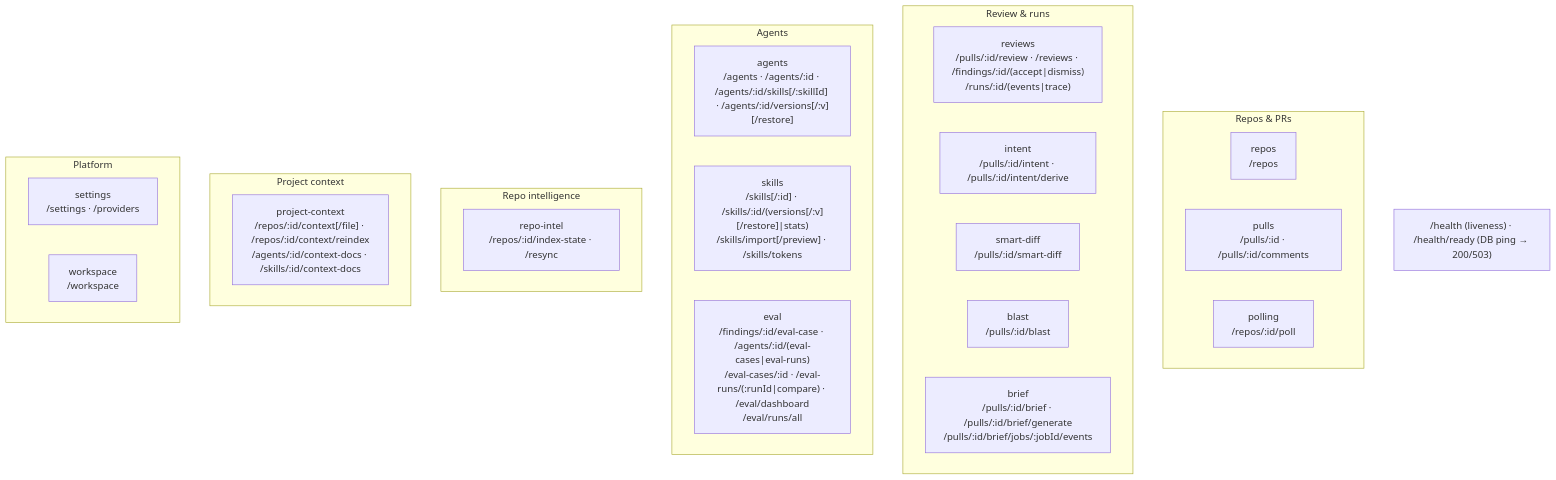
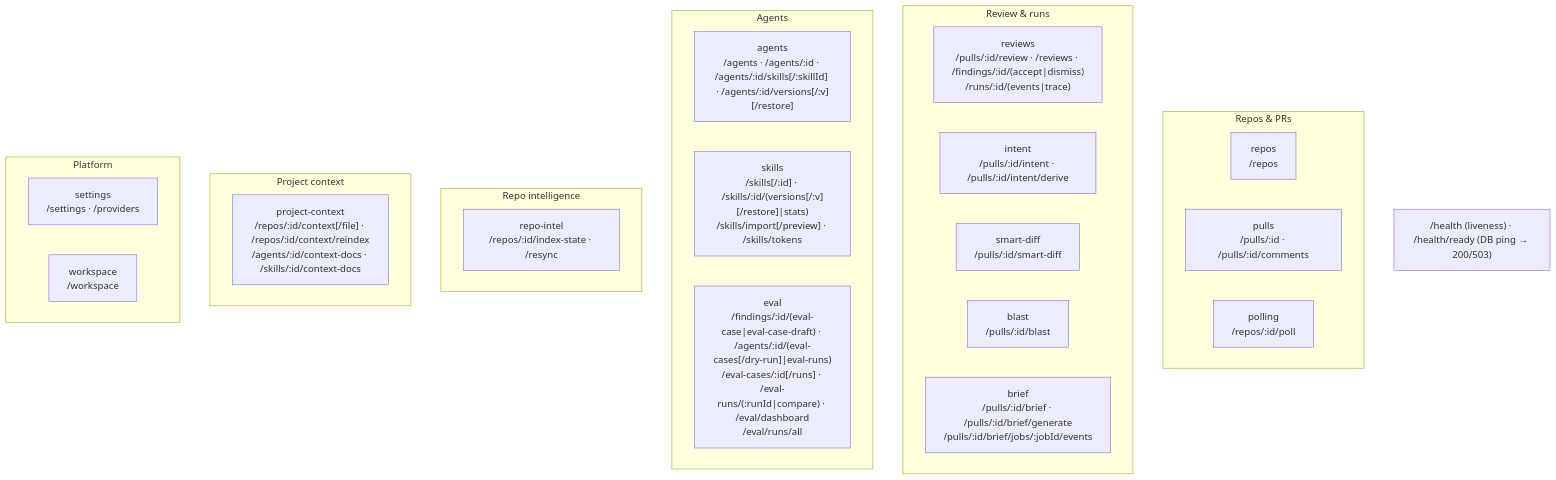
The second of 2 diagrams in server/README.md (shofulk/dev-digest), drawn with Mermaid before and after one commit. The commit also changed other lines of this file and 40 other files, not shown here.

First line of the commit message:
feat(eval): case editor — EvalCaseModal, hand-written and edited cases, one-case and dry runs

````diff
--- a/server/README.md
+++ b/server/README.md
@@ -64,31 +64,31 @@
 ```mermaid
 flowchart TB
   subgraph Repos_PRs["Repos & PRs"]
     repos["repos<br/>/repos"]
     pulls["pulls<br/>/pulls/:id · /pulls/:id/comments"]
     polling["polling<br/>/repos/:id/poll"]
   end
   subgraph Review["Review & runs"]
     reviews["reviews<br/>/pulls/:id/review · /reviews · /findings/:id/(accept|dismiss)<br/>/runs/:id/(events|trace)"]
     intent["intent<br/>/pulls/:id/intent · /pulls/:id/intent/derive"]
     smartDiff["smart-diff<br/>/pulls/:id/smart-diff"]
     blast["blast<br/>/pulls/:id/blast"]
     brief["brief<br/>/pulls/:id/brief · /pulls/:id/brief/generate<br/>/pulls/:id/brief/jobs/:jobId/events"]
   end
   subgraph Agents["Agents"]
     agents["agents<br/>/agents · /agents/:id · /agents/:id/skills[/:skillId] · /agents/:id/versions[/:v][/restore]"]
     skills["skills<br/>/skills[/:id] · /skills/:id/(versions[/:v][/restore]|stats)<br/>/skills/import[/preview] · /skills/tokens"]
-    evals["eval<br/>/findings/:id/eval-case · /agents/:id/(eval-cases|eval-runs)<br/>/eval-cases/:id · /eval-runs/(:runId|compare) · /eval/dashboard<br/>/eval/runs/all"]
+    evals["eval<br/>/findings/:id/(eval-case|eval-case-draft) · /agents/:id/(eval-cases[/dry-run]|eval-runs)<br/>/eval-cases/:id[/runs] · /eval-runs/(:runId|compare) · /eval/dashboard<br/>/eval/runs/all"]
   end
   subgraph Intel["Repo intelligence"]
     repoIntel["repo-intel<br/>/repos/:id/index-state · /resync"]
   end
   subgraph ProjectContext["Project context"]
     projectContext["project-context<br/>/repos/:id/context[/file] · /repos/:id/context/reindex<br/>/agents/:id/context-docs · /skills/:id/context-docs"]
   end
   subgraph Platform["Platform"]
     settings["settings<br/>/settings · /providers"]
     workspace["workspace<br/>/workspace"]
   end
   HEALTH["/health (liveness) · /health/ready (DB ping → 200/503)"]
 ```
````
